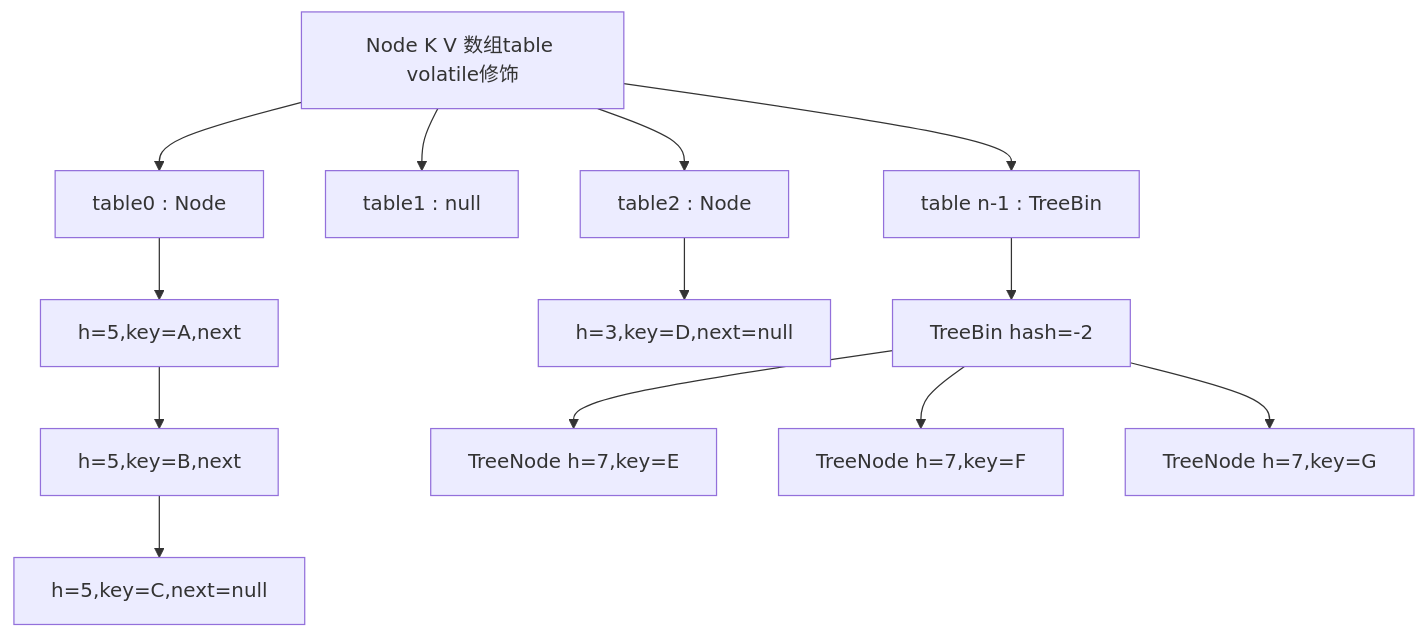
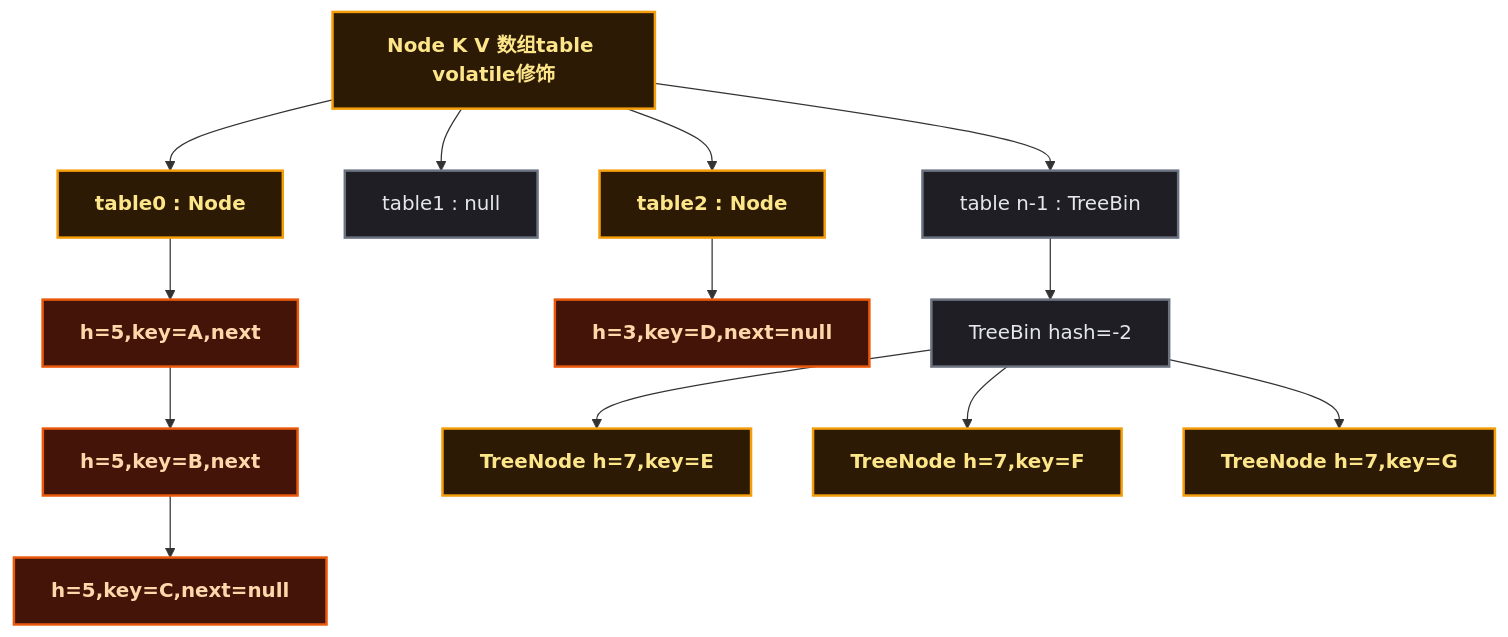
The first of 7 diagrams in content/posts/concurrency/ConcurrentHashMap.md (yaocat55/yaocat55.github.io), drawn with Mermaid before and after one commit. The commit also changed other lines of this file and 155 other files, not shown here.

````diff
--- a/content/posts/concurrency/ConcurrentHashMap.md
+++ b/content/posts/concurrency/ConcurrentHashMap.md
@@ -45,19 +45,27 @@
 ```mermaid
 flowchart TD
+%% 半暗底色 + 高亮描边：完美适配博客深色/浅色双主题 %%
+classDef branch fill:#2d1a05,stroke:#f59e0b,stroke-width:2px,color:#fde68a,font-weight:bold;
+classDef process fill:#1e1e24,stroke:#6b7280,stroke-width:2px,color:#e5e7eb;
+classDef highlight fill:#431407,stroke:#ea580c,stroke-width:2px,color:#fed7aa,font-weight:bold;
     ROOT[Node K V 数组table volatile修饰]
     ROOT --> B0[table0 : Node]
     ROOT --> B1[table1 : null]
     ROOT --> B2[table2 : Node]
     ROOT --> B3[table n-1 : TreeBin]
 
     B0 --> N1[h=5,key=A,next]
     N1 --> N2[h=5,key=B,next]
     N2 --> N3[h=5,key=C,next=null]
 
     B2 --> N4[h=3,key=D,next=null]
 
     B3 --> TB[TreeBin hash=-2]
     TB --> TN1[TreeNode h=7,key=E]
     TB --> TN2[TreeNode h=7,key=F]
     TB --> TN3[TreeNode h=7,key=G]
+
+class B0,B2,ROOT,TN1,TN2,TN3 branch;
+class N1,N2,N3,N4 highlight;
+class B1,B3,TB process;
 ```
````
